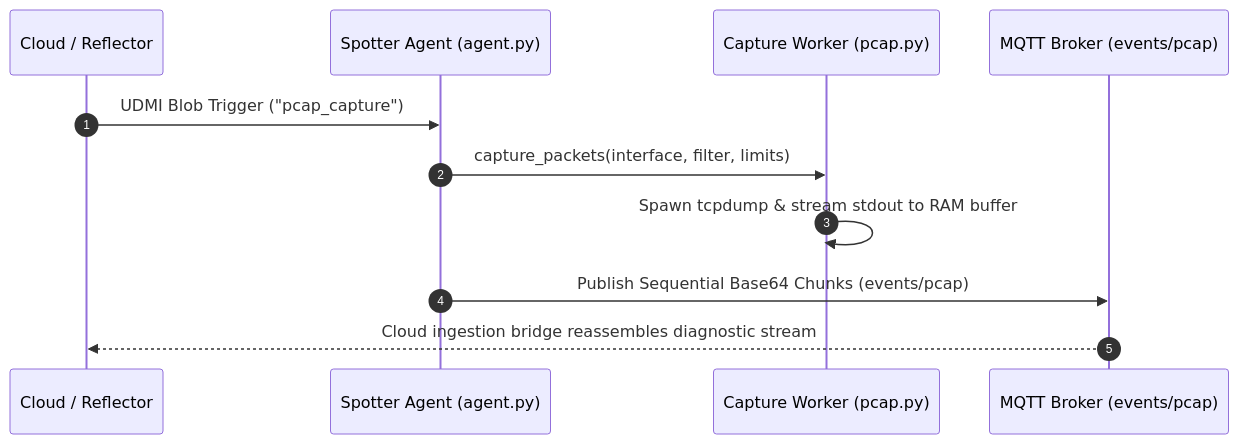
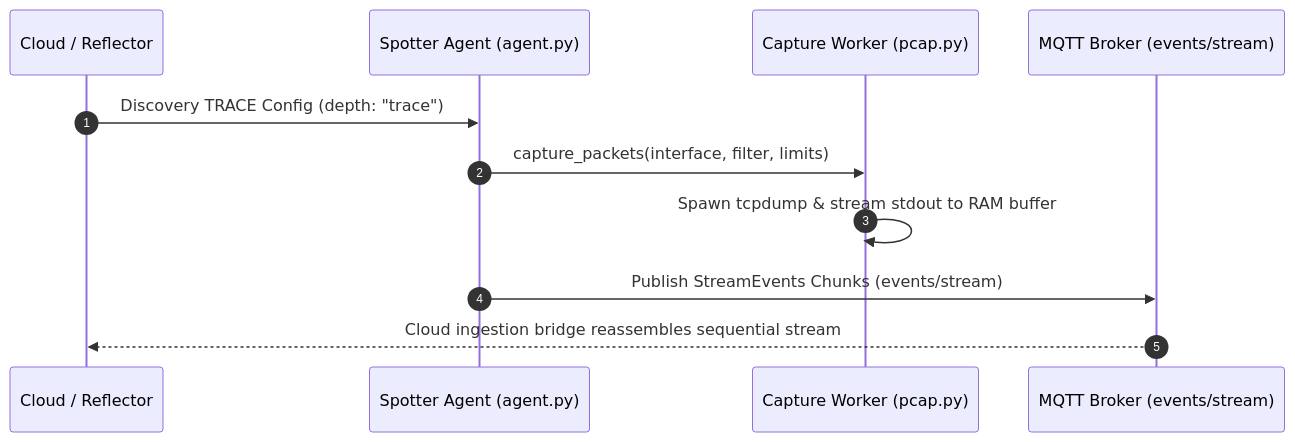
Before and after one commit to faucetsdn/udmi: the second of 2 diagrams in edge/spotter/README.md, drawn with Mermaid. The commit also changed other lines of this file and 2 other files, not shown here.

First line of the commit message:
Audit Spotter documentation and replace outdated architecture snippets

````diff
--- a/edge/spotter/README.md
+++ b/edge/spotter/README.md
@@ -53,14 +53,14 @@
 ```mermaid
 sequenceDiagram
     autonumber
     participant Cloud as Cloud / Reflector
     participant Agent as Spotter Agent (agent.py)
     participant PCAP as Capture Worker (pcap.py)
-    participant MQTT as MQTT Broker (events/pcap)
+    participant MQTT as MQTT Broker (events/stream)
 
-    Cloud->>Agent: UDMI Blob Trigger ("pcap_capture")
+    Cloud->>Agent: Discovery TRACE Config (depth: "trace")
     Agent->>PCAP: capture_packets(interface, filter, limits)
     PCAP->>PCAP: Spawn tcpdump & stream stdout to RAM buffer
-    Agent->>MQTT: Publish Sequential Base64 Chunks (events/pcap)
-    MQTT-->>Cloud: Cloud ingestion bridge reassembles diagnostic stream
+    Agent->>MQTT: Publish StreamEvents Chunks (events/stream)
+    MQTT-->>Cloud: Cloud ingestion bridge reassembles sequential stream
 ```
````
